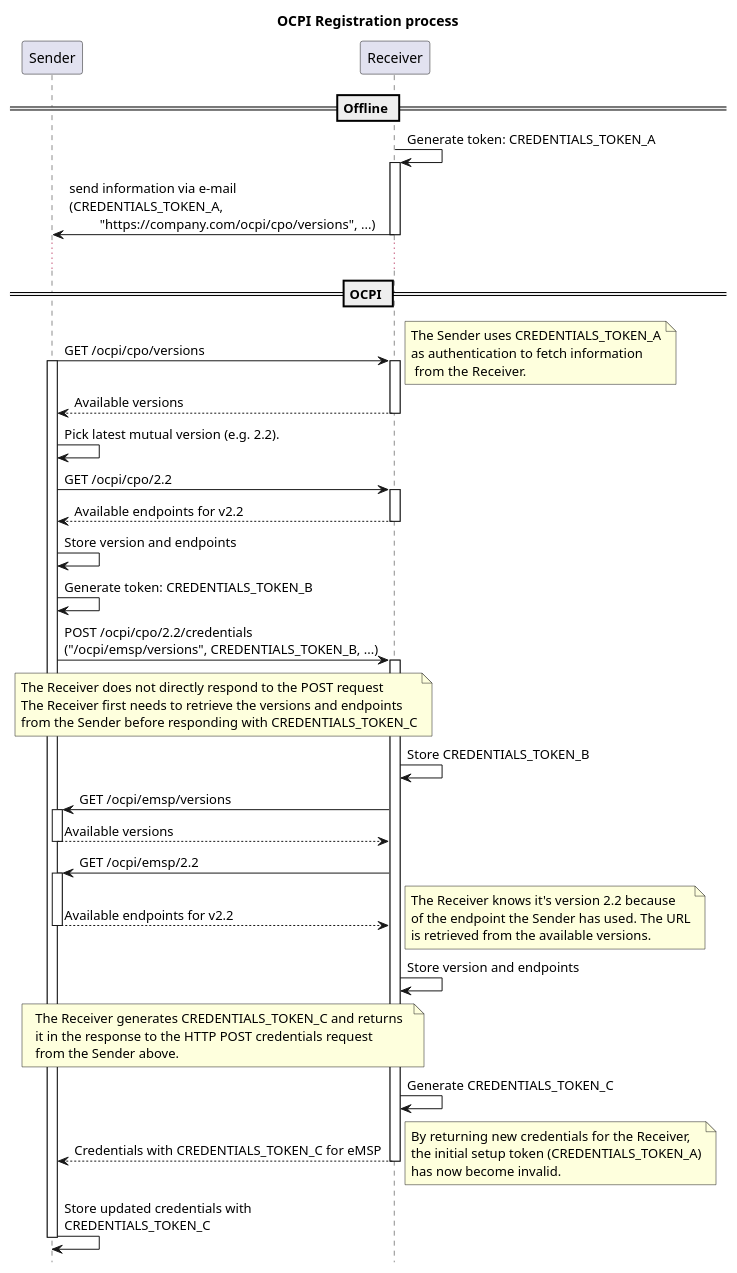
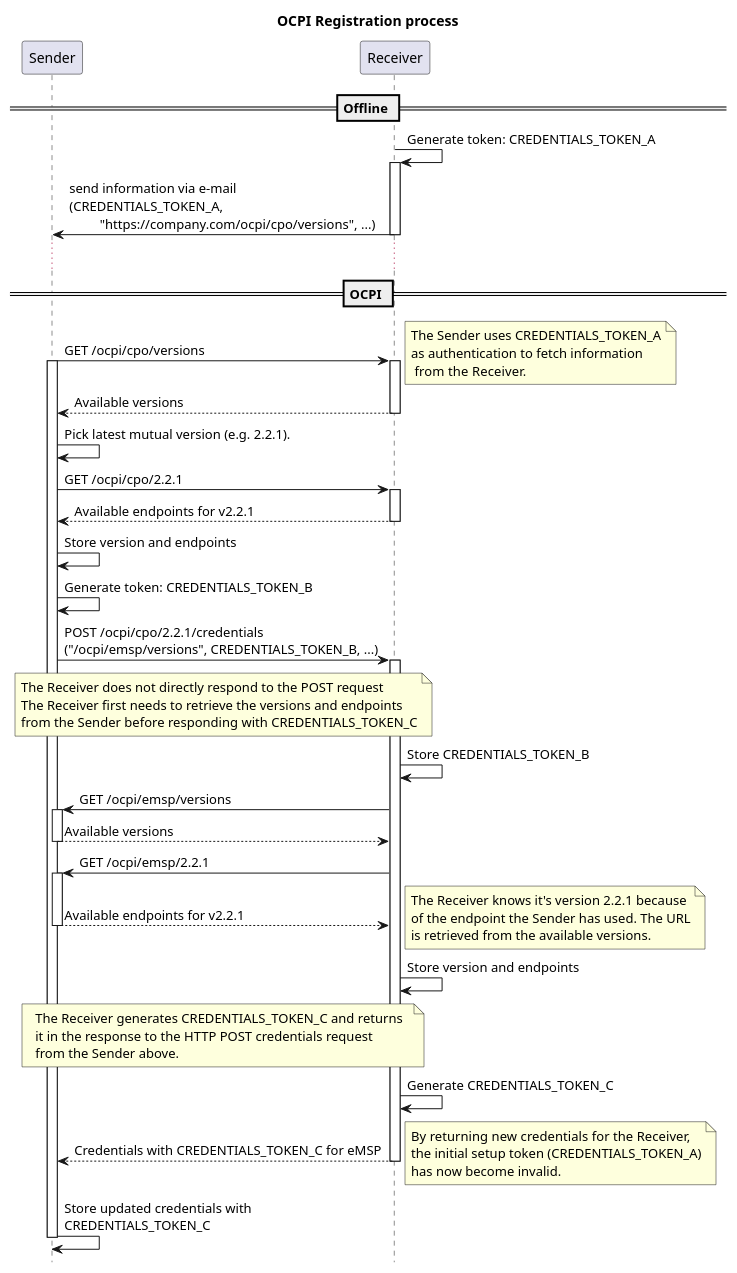
The diagram in plantuml/registration-sequence.plantuml (ocpi/ocpi), drawn with PlantUML before and after one commit. The commit also changed 13 other files, not shown here.

```diff
--- a/plantuml/registration-sequence.plantuml
+++ b/plantuml/registration-sequence.plantuml
@@ -1,80 +1,80 @@
 @startuml
 title OCPI Registration process
 hide footbox
 
 participant "Sender" AS eMSP
 participant "Receiver" AS CPO
 
 == Offline ==
 
 CPO -> CPO: Generate token: CREDENTIALS_TOKEN_A
 activate CPO
 CPO -> eMSP: send information via e-mail \n(CREDENTIALS_TOKEN_A,\n         "https://company.com/ocpi/cpo/versions", ...)
 deactivate CPO
 
 ...
 
 == OCPI ==
 
 CPO <- eMSP: GET /ocpi/cpo/versions
 activate eMSP
 activate CPO
 note right
     The Sender uses CREDENTIALS_TOKEN_A
     as authentication to fetch information
      from the Receiver.
 end note
 CPO --> eMSP: Available versions
 deactivate CPO
 
-eMSP -> eMSP: Pick latest mutual version (e.g. 2.2).
-CPO <- eMSP: GET /ocpi/cpo/2.2
+eMSP -> eMSP: Pick latest mutual version (e.g. 2.2.1).
+CPO <- eMSP: GET /ocpi/cpo/2.2.1
 activate CPO
-CPO --> eMSP: Available endpoints for v2.2
+CPO --> eMSP: Available endpoints for v2.2.1
 deactivate CPO
 eMSP -> eMSP: Store version and endpoints
 eMSP -> eMSP: Generate token: CREDENTIALS_TOKEN_B
-CPO <- eMSP: POST /ocpi/cpo/2.2/credentials \n("/ocpi/emsp/versions", CREDENTIALS_TOKEN_B, ...)
+CPO <- eMSP: POST /ocpi/cpo/2.2.1/credentials \n("/ocpi/emsp/versions", CREDENTIALS_TOKEN_B, ...)
 
 note over CPO, eMSP
   The Receiver does not directly respond to the POST request
   The Receiver first needs to retrieve the versions and endpoints
   from the Sender before responding with CREDENTIALS_TOKEN_C
 end note
 
 activate CPO
 CPO -> CPO: Store CREDENTIALS_TOKEN_B
 CPO -> eMSP: GET /ocpi/emsp/versions
 activate eMSP
 CPO <-- eMSP: Available versions
 deactivate eMSP
-CPO -> eMSP: GET /ocpi/emsp/2.2
+CPO -> eMSP: GET /ocpi/emsp/2.2.1
 activate eMSP
-CPO <-- eMSP: Available endpoints for v2.2
+CPO <-- eMSP: Available endpoints for v2.2.1
 deactivate eMSP
 note right
-    The Receiver knows it's version 2.2 because
+    The Receiver knows it's version 2.2.1 because
     of the endpoint the Sender has used. The URL
     is retrieved from the available versions.
 end note
 CPO -> CPO: Store version and endpoints
 note over CPO, eMSP
   The Receiver generates CREDENTIALS_TOKEN_C and returns
-  it in the response to the HTTP POST credentials request 
+  it in the response to the HTTP POST credentials request
   from the Sender above.
 end note
 CPO -> CPO: Generate CREDENTIALS_TOKEN_C
 CPO --> eMSP: Credentials with CREDENTIALS_TOKEN_C for eMSP
 deactivate CPO
 
 
 note right
     By returning new credentials for the Receiver,
     the initial setup token (CREDENTIALS_TOKEN_A)
     has now become invalid.
 end note
 eMSP -> eMSP: Store updated credentials with\nCREDENTIALS_TOKEN_C
 
 deactivate eMSP
 
 @enduml
```
